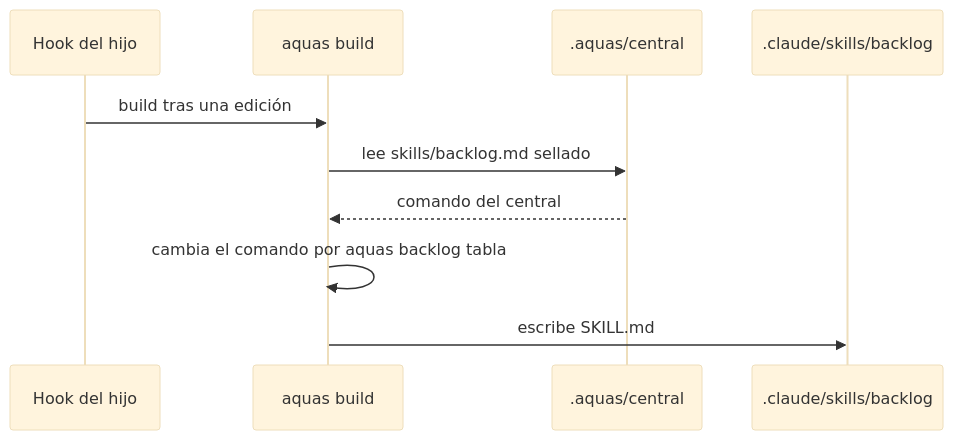
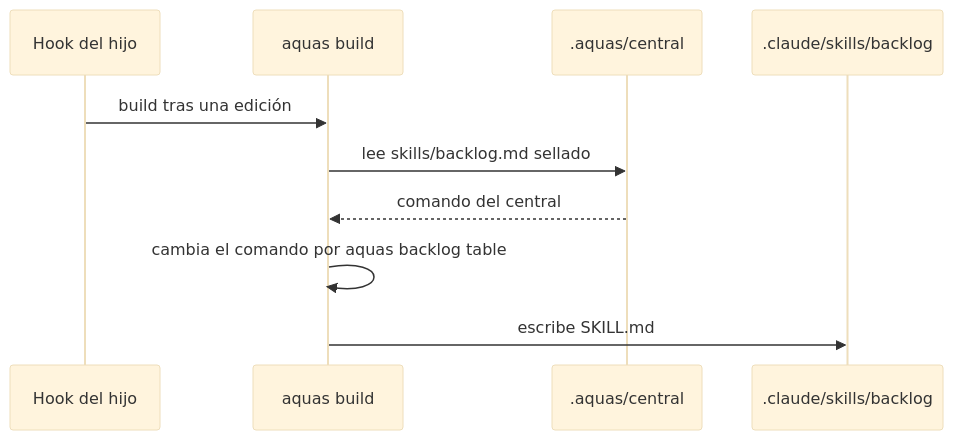
One commit to jliberal-aquas/aquas-central-harness-government changed the diagram in docs/E001/F007/S003.md. Above: the diagram before and after it, drawn with Mermaid (base theme). The commit also changed other lines of this file and 184 other files, not shown here.

````diff
--- a/docs/E001/F007/S003.md
+++ b/docs/E001/F007/S003.md
@@ -57,12 +57,12 @@
 ```mermaid
 sequenceDiagram
     participant H as Hook del hijo
     participant B as aquas build
     participant C as .aquas/central
     participant S as .claude/skills/backlog
     H->>B: build tras una edición
     B->>C: lee skills/backlog.md sellado
     C-->>B: comando del central
-    B->>B: cambia el comando por aquas backlog tabla
+    B->>B: cambia el comando por aquas backlog table
     B->>S: escribe SKILL.md
 ```
````
